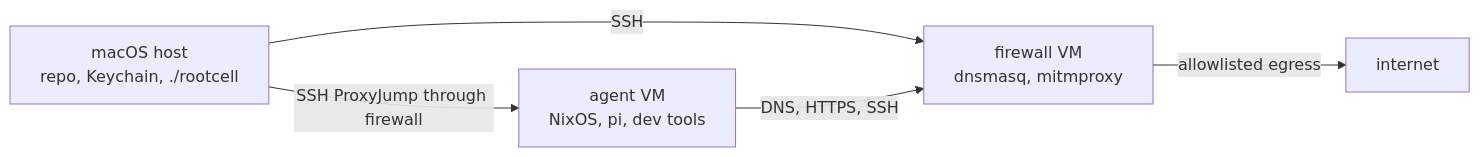
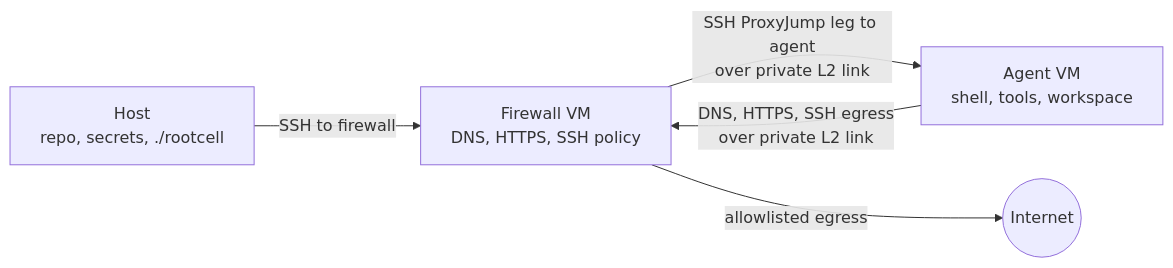
One commit to rootcell-ai/rootcell changed the diagram in README.md. Above: the diagram before and after it, drawn with Mermaid. The commit also changed other lines of this file, not shown here.

Commit message:
Clarify README network flow diagram

````diff
--- a/README.md
+++ b/README.md
@@ -46,7 +46,12 @@
 ```mermaid
 flowchart LR
-  Host["macOS host<br/>repo, Keychain, ./rootcell"] -->|SSH| Firewall["firewall VM<br/>dnsmasq, mitmproxy"]
-  Host -->|SSH ProxyJump through firewall| Agent["agent VM<br/>NixOS, pi, dev tools"]
-  Agent -->|DNS, HTTPS, SSH| Firewall["firewall VM<br/>dnsmasq, mitmproxy"]
-  Firewall -->|allowlisted egress| Internet["internet"]
+  Internet(("Internet"))
+  Host["Host<br/>repo, secrets, ./rootcell"]
+  Firewall["Firewall VM<br/>DNS, HTTPS, SSH policy"]
+  Agent["Agent VM<br/>shell, tools, workspace"]
+
+  Host -->|SSH to firewall| Firewall
+  Firewall -->|SSH ProxyJump leg to agent<br/>over private L2 link| Agent
+  Agent -->|DNS, HTTPS, SSH egress<br/>over private L2 link| Firewall
+  Firewall -->|allowlisted egress| Internet
 ```
````
